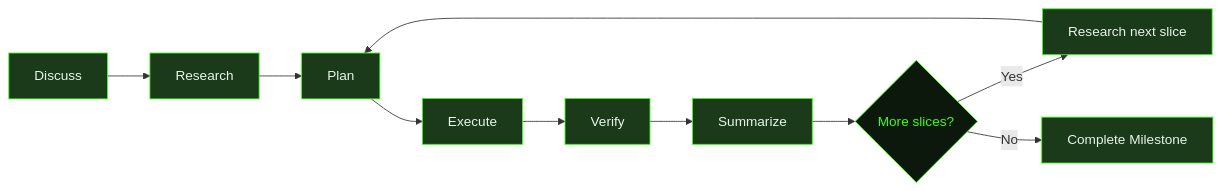
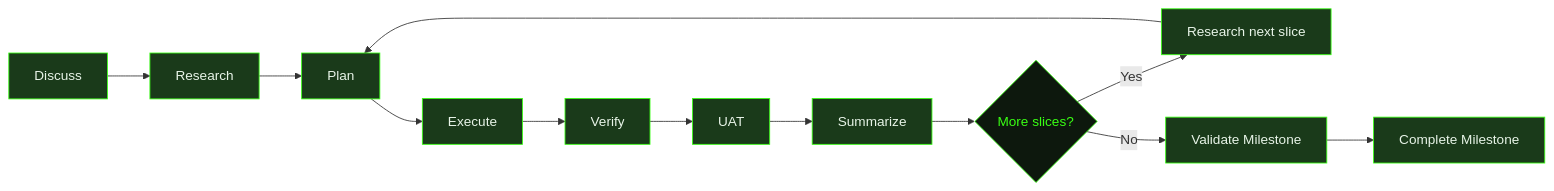
Before and after one commit to shusha-group/gsd2-guide: the first of 2 diagrams in src/content/docs/user-guide/developing-with-gsd.mdx, drawn with Mermaid. The commit also changed other lines of this file and 49 other files, not shown here.

````diff
--- a/src/content/docs/user-guide/developing-with-gsd.mdx
+++ b/src/content/docs/user-guide/developing-with-gsd.mdx
@@ -16,22 +16,26 @@
 ```mermaid
 flowchart LR
     D[Discuss] --> R[Research]
     R --> P[Plan]
     P --> E[Execute]
     E --> V[Verify]
-    V --> S[Summarize]
+    V --> U[UAT]
+    U --> S[Summarize]
     S --> A{More slices?}
     A -->|Yes| R2[Research next slice]
     R2 --> P
-    A -->|No| C[Complete Milestone]
+    A -->|No| MV[Validate Milestone]
+    MV --> C[Complete Milestone]
 
     style D fill:#1a3a1a,stroke:#39ff14,color:#e8f4e8
     style R fill:#1a3a1a,stroke:#39ff14,color:#e8f4e8
     style P fill:#1a3a1a,stroke:#39ff14,color:#e8f4e8
     style E fill:#1a3a1a,stroke:#39ff14,color:#e8f4e8
     style V fill:#1a3a1a,stroke:#39ff14,color:#e8f4e8
+    style U fill:#1a3a1a,stroke:#39ff14,color:#e8f4e8
     style S fill:#1a3a1a,stroke:#39ff14,color:#e8f4e8
     style A fill:#0d180d,stroke:#39ff14,color:#39ff14
     style C fill:#1a3a1a,stroke:#39ff14,color:#e8f4e8
+    style MV fill:#1a3a1a,stroke:#39ff14,color:#e8f4e8
     style R2 fill:#1a3a1a,stroke:#39ff14,color:#e8f4e8
 ```
````
